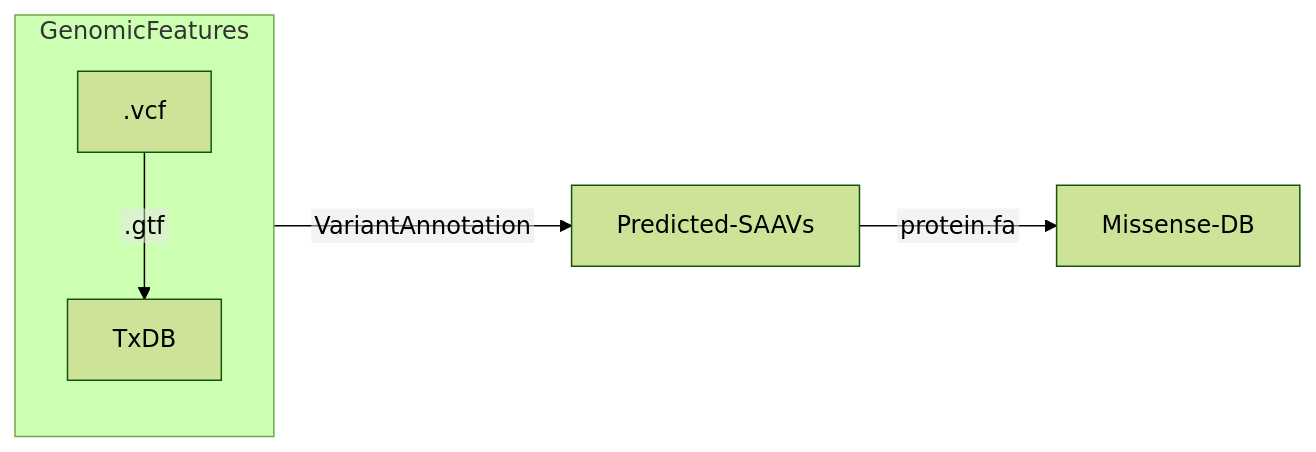
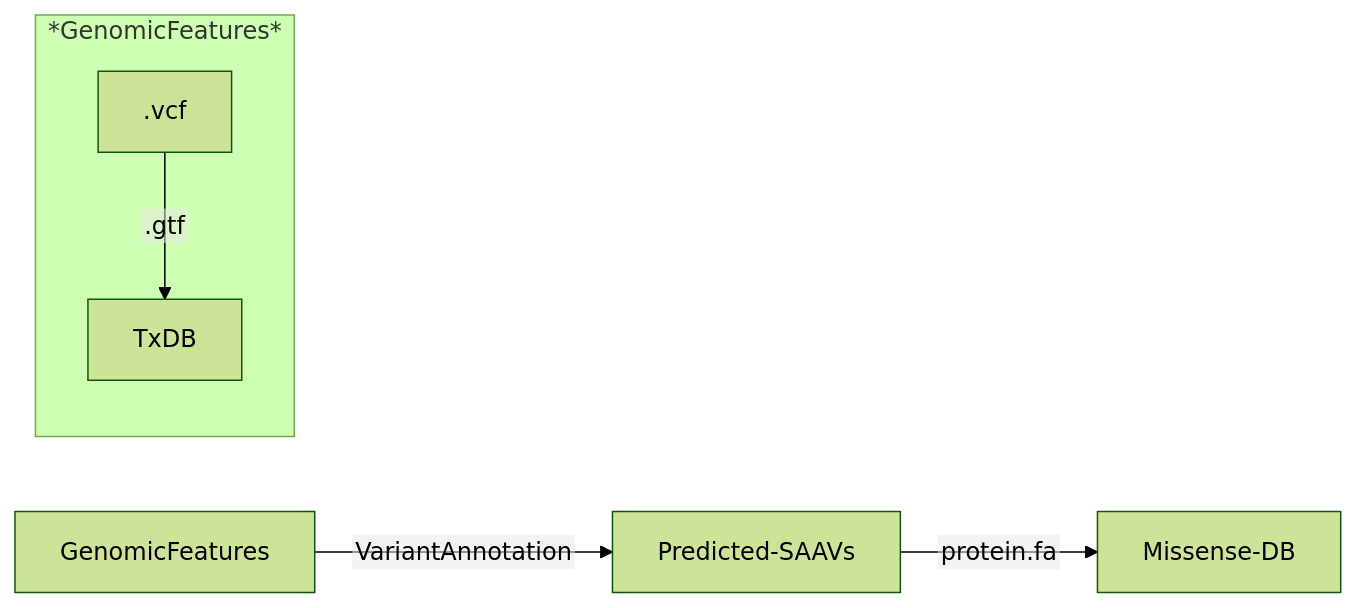
The diagram in README.md (hdesai17/chemoproteogenomics), drawn with Mermaid (forest theme) before and after one commit.

````diff
--- a/README.md
+++ b/README.md
@@ -19,9 +19,9 @@
 ```mermaid
 %%{init: {"flowchart": {"htmlLabels": false}} }%%
 flowchart LR;
-   subgraph "GenomicFeatures"
+   subgraph "*GenomicFeatures*"
    .vcf-->|.gtf|TxDB
    end
    GenomicFeatures-->|VariantAnnotation|Predicted-SAAVs
    Predicted-SAAVs-->|protein.fa|Missense-DB;
 ```
````
